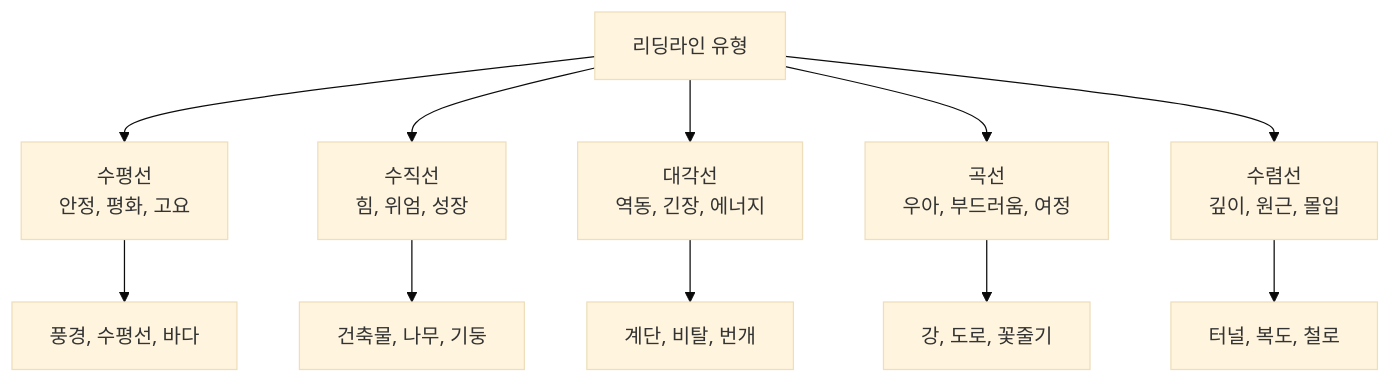
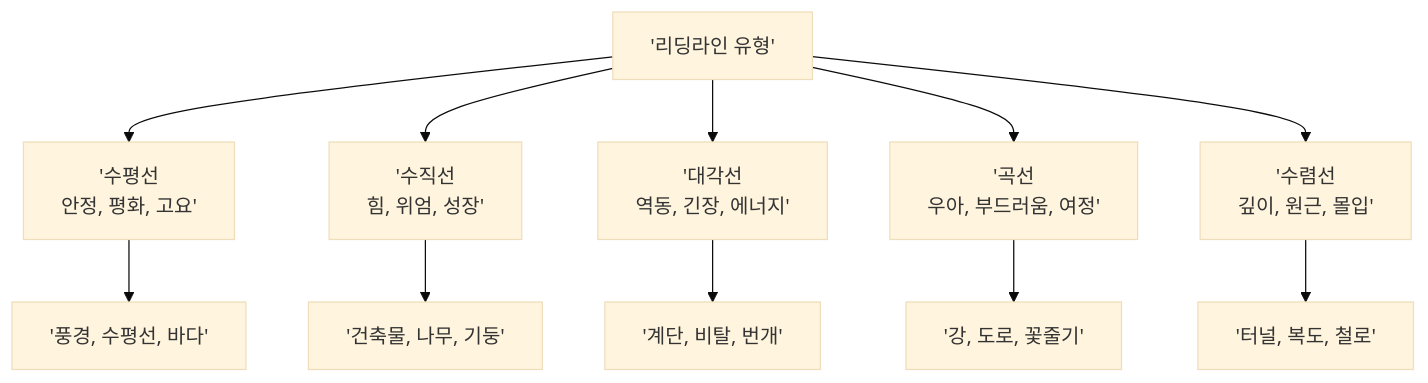
Before and after one commit to jsonpassion/forge-tutorial-promptcanvas: the second of 3 diagrams in 11-ch11-시각적-스토리텔링과-감정-전달/03-03-구도와-시선-유도로-메시지-강화.md, drawn with Mermaid (base theme). The commit also changed other lines of this file and 63 other files, not shown here.

````diff
--- a/11-ch11-시각적-스토리텔링과-감정-전달/03-03-구도와-시선-유도로-메시지-강화.md
+++ b/11-ch11-시각적-스토리텔링과-감정-전달/03-03-구도와-시선-유도로-메시지-강화.md
@@ -78,14 +55,14 @@
 ```mermaid
 flowchart TD
-    A["리딩라인 유형"] --> B["수평선<br/>안정, 평화, 고요"]
-    A --> C["수직선<br/>힘, 위엄, 성장"]
-    A --> D["대각선<br/>역동, 긴장, 에너지"]
-    A --> E["곡선<br/>우아, 부드러움, 여정"]
-    A --> F["수렴선<br/>깊이, 원근, 몰입"]
+    A['리딩라인 유형'] --> B['수평선<br/>안정, 평화, 고요']
+    A --> C['수직선<br/>힘, 위엄, 성장']
+    A --> D['대각선<br/>역동, 긴장, 에너지']
+    A --> E['곡선<br/>우아, 부드러움, 여정']
+    A --> F['수렴선<br/>깊이, 원근, 몰입']
 
-    B --> G["풍경, 수평선, 바다"]
-    C --> H["건축물, 나무, 기둥"]
-    D --> I["계단, 비탈, 번개"]
-    E --> J["강, 도로, 꽃줄기"]
-    F --> K["터널, 복도, 철로"]
+    B --> G['풍경, 수평선, 바다']
+    C --> H['건축물, 나무, 기둥']
+    D --> I['계단, 비탈, 번개']
+    E --> J['강, 도로, 꽃줄기']
+    F --> K['터널, 복도, 철로']
 ```
````
